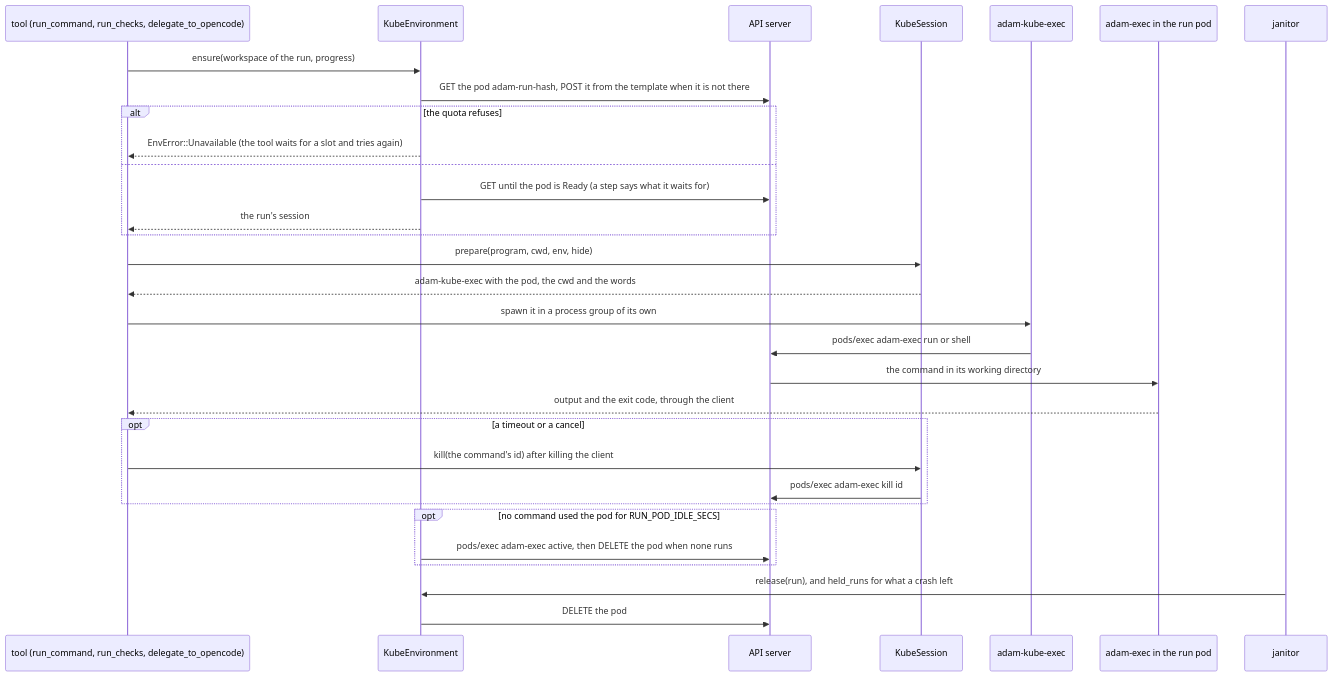
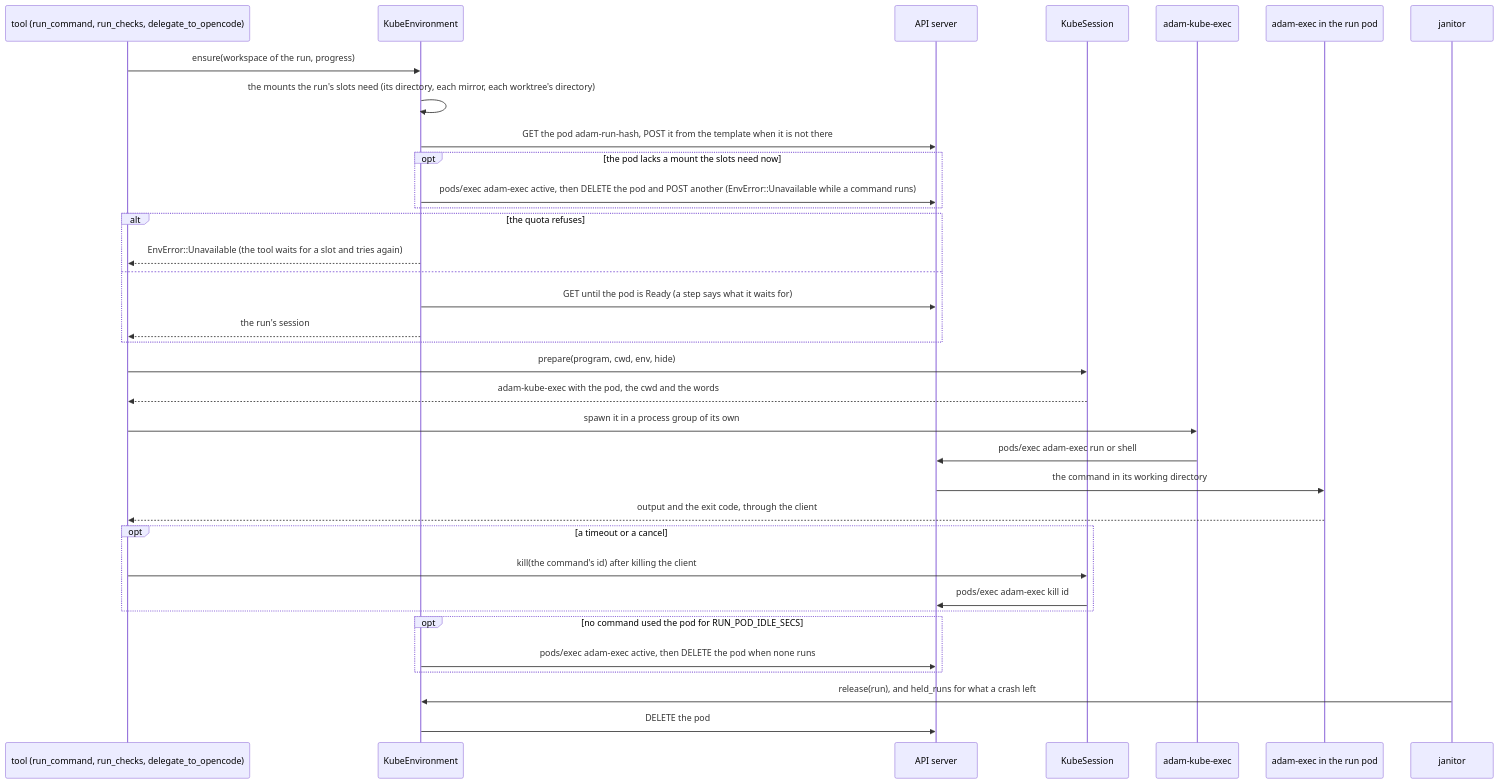
The sixth of 7 diagrams in docs/reference/workspace-and-environments.md (vymalo/another-adam-rs), drawn with Mermaid before and after one commit. The commit also changed other lines of this file and 47 other files, not shown here.

First line of the commit message:
feat(env-kubernetes): a run pod sees only its own run (ADR 0041) (#117)

````diff
--- a/docs/reference/workspace-and-environments.md
+++ b/docs/reference/workspace-and-environments.md
@@ -171,33 +174,37 @@
 ```mermaid
 sequenceDiagram
     participant T as tool (run_command, run_checks, delegate_to_opencode)
     participant E as KubeEnvironment
     participant A as API server
     participant S as KubeSession
     participant X as adam-kube-exec
     participant P as adam-exec in the run pod
     participant J as janitor
     T->>E: ensure(workspace of the run, progress)
+    E->>E: the mounts the run's slots need (its directory, each mirror, each worktree's directory)
     E->>A: GET the pod adam-run-hash, POST it from the template when it is not there
+    opt the pod lacks a mount the slots need now
+        E->>A: pods/exec adam-exec active, then DELETE the pod and POST another (EnvError::Unavailable while a command runs)
+    end
     alt the quota refuses
         E-->>T: EnvError::Unavailable (the tool waits for a slot and tries again)
     else
         E->>A: GET until the pod is Ready (a step says what it waits for)
         E-->>T: the run's session
     end
     T->>S: prepare(program, cwd, env, hide)
     S-->>T: adam-kube-exec with the pod, the cwd and the words
     T->>X: spawn it in a process group of its own
     X->>A: pods/exec adam-exec run or shell
     A->>P: the command in its working directory
     P-->>T: output and the exit code, through the client
     opt a timeout or a cancel
         T->>S: kill(the command's id) after killing the client
         S->>A: pods/exec adam-exec kill id
     end
     opt no command used the pod for RUN_POD_IDLE_SECS
         E->>A: pods/exec adam-exec active, then DELETE the pod when none runs
     end
     J->>E: release(run), and held_runs for what a crash left
     E->>A: DELETE the pod
 ```
````
